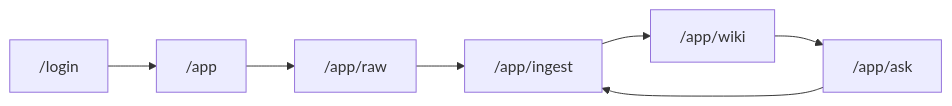
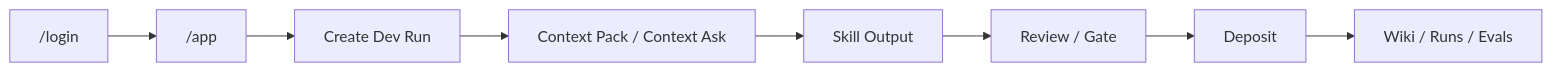
One commit to rrhww/inkdesk changed the second of 2 diagrams in docs/design/信息架构.md. Above: the diagram before and after it, drawn with Mermaid. The commit also changed other lines of this file and 26 other files, not shown here.

````diff
--- a/docs/design/信息架构.md
+++ b/docs/design/信息架构.md
@@ -91,9 +109,10 @@
 ```mermaid
 flowchart LR
     A["/login"] --> B["/app"]
-    B --> C["/app/raw"]
-    C --> D["/app/ingest"]
-    D --> E["/app/wiki"]
-    E --> F["/app/ask"]
-    F --> D
+    B --> C["Create Dev Run"]
+    C --> D["Context Pack / Context Ask"]
+    D --> E["Skill Output"]
+    E --> F["Review / Gate"]
+    F --> G["Deposit"]
+    G --> H["Wiki / Runs / Evals"]
 ```
````
